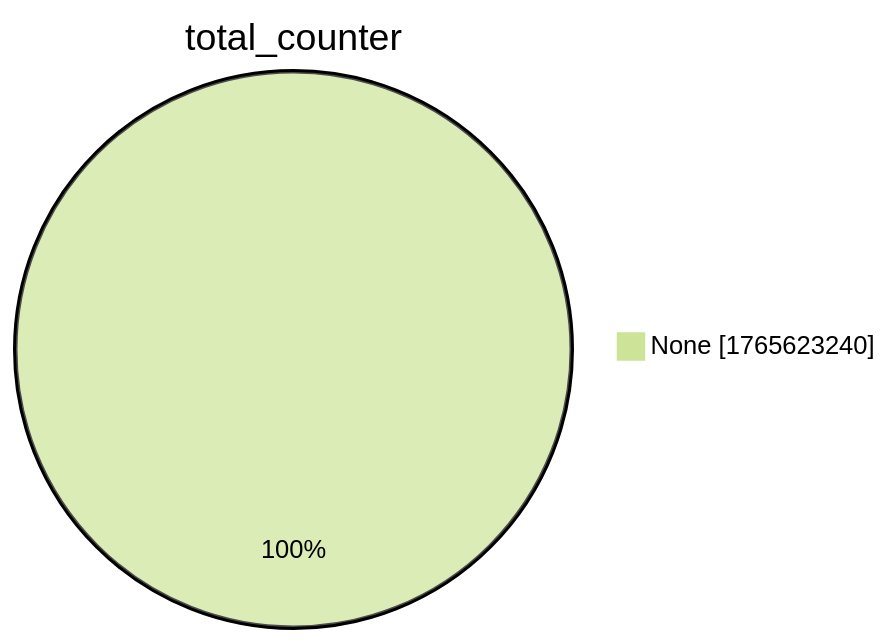
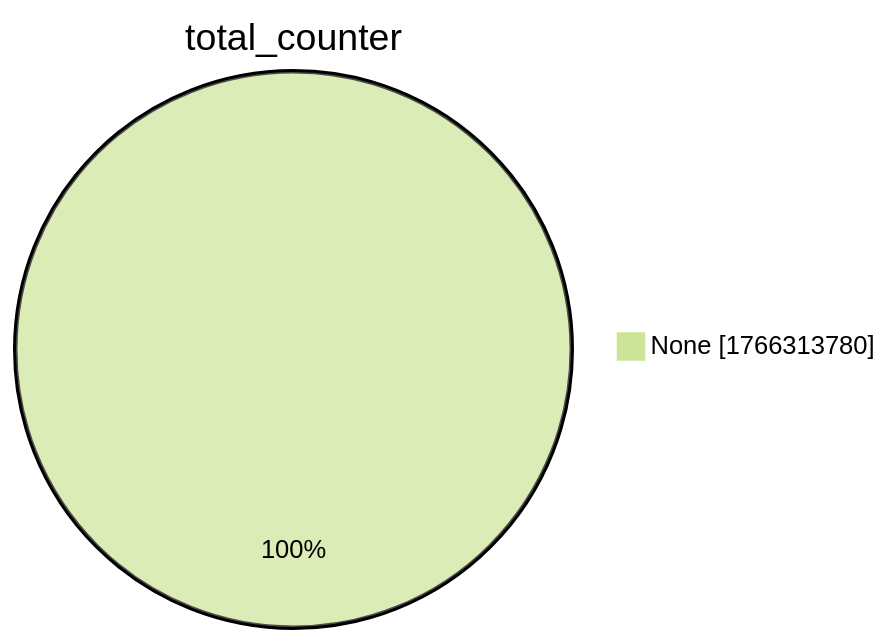
Before and after one commit to christiankrug/ctmonitor_visualization: the second of 15 diagrams in xenon2022/README.md, drawn with Mermaid (forest theme). The commit also changed other lines of this file, not shown here.

````diff
--- a/xenon2022/README.md
+++ b/xenon2022/README.md
@@ -9,5 +9,5 @@
 ```mermaid
 pie showData
 title total_counter
-"None" :1765623240
+"None" :1766313780
 ```
````
